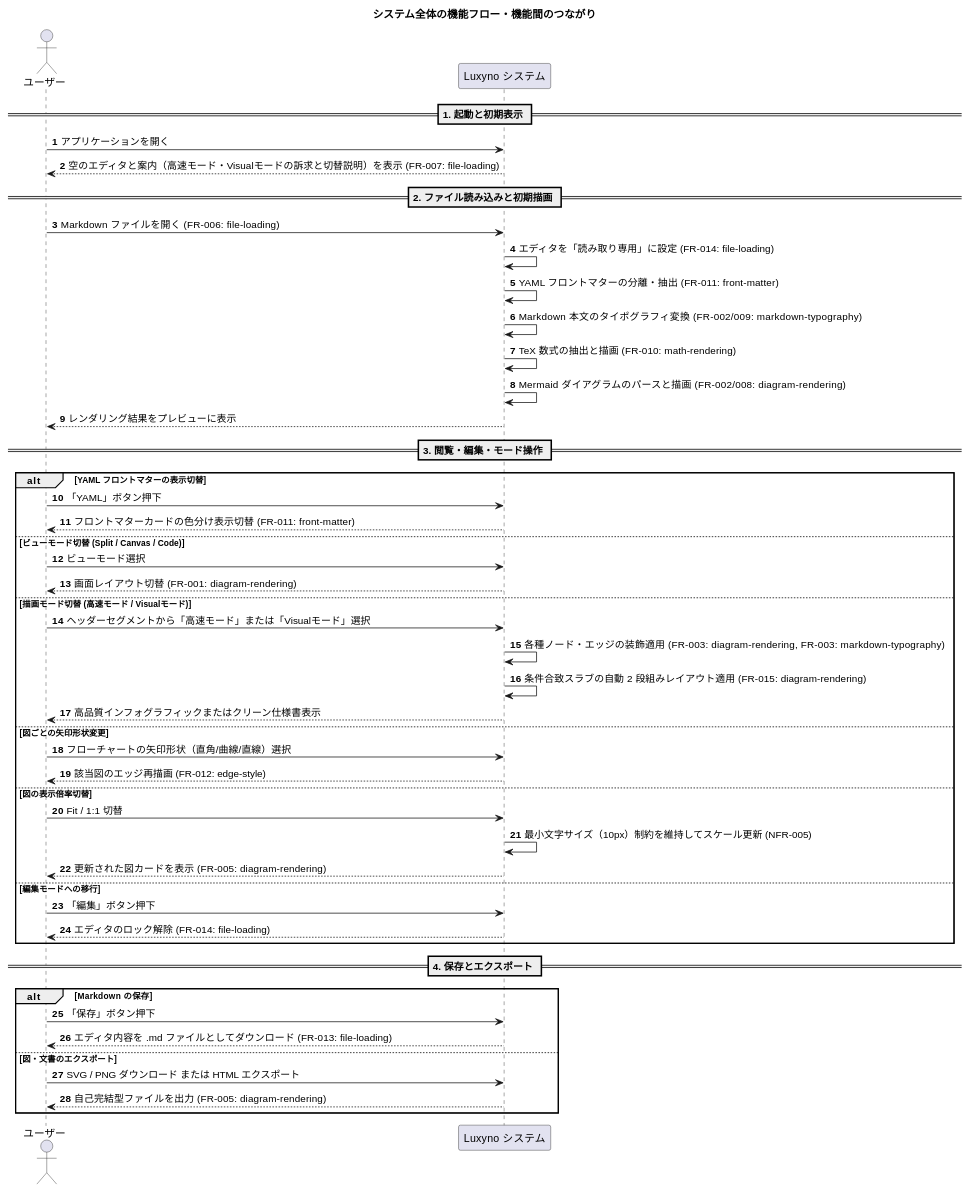
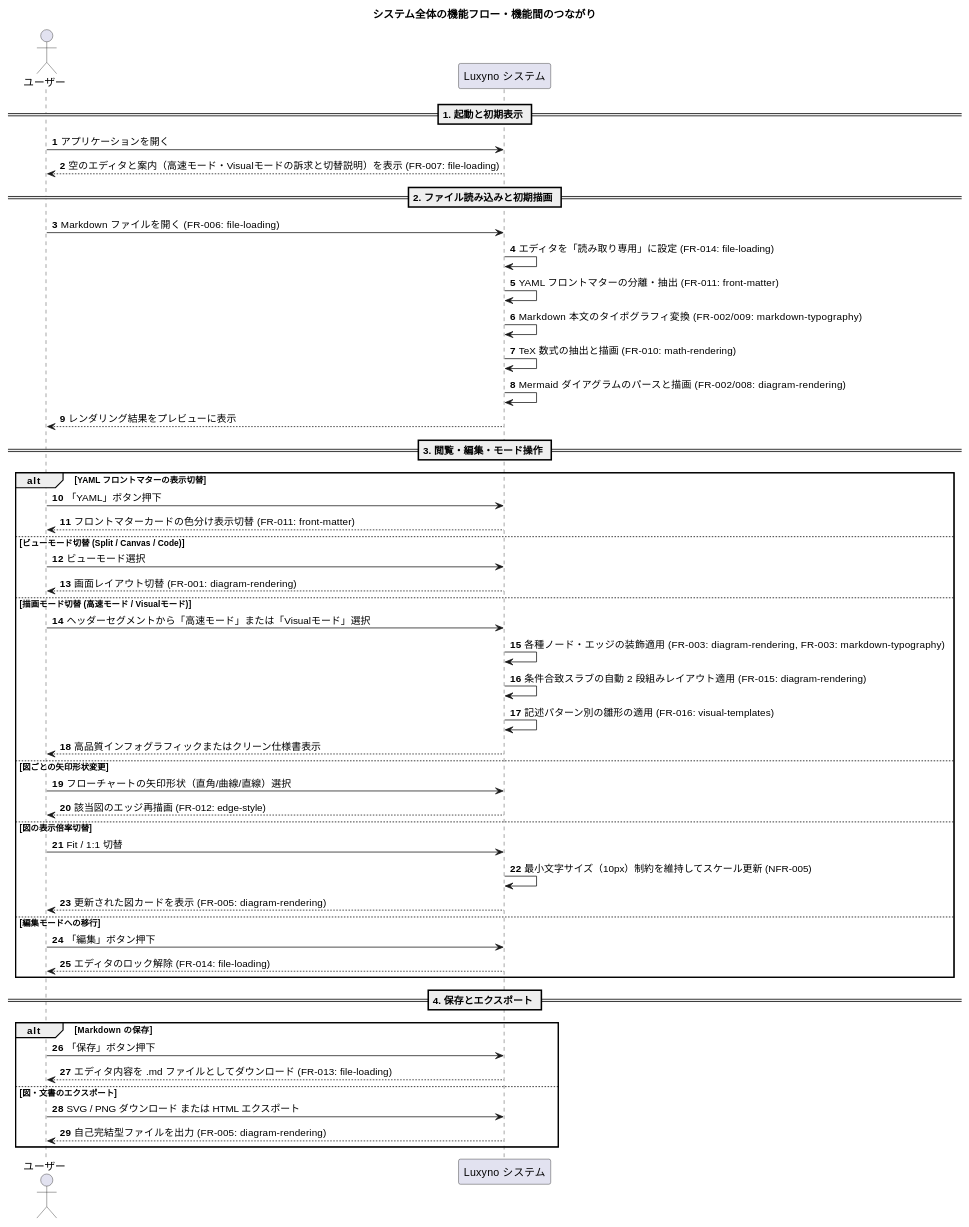
The second of 2 diagrams in public/standalone-apps/luxyno/doc/SRS.md (prankster-freedom/ToyBox), drawn with PlantUML before and after one commit. The commit also changed other lines of this file and 10 other files, not shown here.

````diff
--- a/public/standalone-apps/luxyno/doc/SRS.md
+++ b/public/standalone-apps/luxyno/doc/SRS.md
@@ -120,54 +120,55 @@
 ```plantuml
 @startuml
 title システム全体の機能フロー・機能間のつながり
 autonumber
 actor "ユーザー" as User
 participant "Luxyno システム" as App
 
 == 1. 起動と初期表示 ==
 User -> App: アプリケーションを開く
 App --> User: 空のエディタと案内（高速モード・Visualモードの訴求と切替説明）を表示 (FR-007: file-loading)
 
 == 2. ファイル読み込みと初期描画 ==
 User -> App: Markdown ファイルを開く (FR-006: file-loading)
 App -> App: エディタを「読み取り専用」に設定 (FR-014: file-loading)
 App -> App: YAML フロントマターの分離・抽出 (FR-011: front-matter)
 App -> App: Markdown 本文のタイポグラフィ変換 (FR-002/009: markdown-typography)
 App -> App: TeX 数式の抽出と描画 (FR-010: math-rendering)
 App -> App: Mermaid ダイアグラムのパースと描画 (FR-002/008: diagram-rendering)
 App --> User: レンダリング結果をプレビューに表示
 
 == 3. 閲覧・編集・モード操作 ==
 alt YAML フロントマターの表示切替
   User -> App: 「YAML」ボタン押下
   App --> User: フロントマターカードの色分け表示切替 (FR-011: front-matter)
 else ビューモード切替 (Split / Canvas / Code)
   User -> App: ビューモード選択
   App --> User: 画面レイアウト切替 (FR-001: diagram-rendering)
 else 描画モード切替 (高速モード / Visualモード)
   User -> App: ヘッダーセグメントから「高速モード」または「Visualモード」選択
   App -> App: 各種ノード・エッジの装飾適用 (FR-003: diagram-rendering, FR-003: markdown-typography)
   App -> App: 条件合致スラブの自動 2 段組みレイアウト適用 (FR-015: diagram-rendering)
+  App -> App: 記述パターン別の雛形の適用 (FR-016: visual-templates)
   App --> User: 高品質インフォグラフィックまたはクリーン仕様書表示
 else 図ごとの矢印形状変更
   User -> App: フローチャートの矢印形状（直角/曲線/直線）選択
   App --> User: 該当図のエッジ再描画 (FR-012: edge-style)
 else 図の表示倍率切替
   User -> App: Fit / 1:1 切替
   App -> App: 最小文字サイズ（10px）制約を維持してスケール更新 (NFR-005)
   App --> User: 更新された図カードを表示 (FR-005: diagram-rendering)
 else 編集モードへの移行
   User -> App: 「編集」ボタン押下
   App --> User: エディタのロック解除 (FR-014: file-loading)
 end
 
 == 4. 保存とエクスポート ==
 alt Markdown の保存
   User -> App: 「保存」ボタン押下
   App --> User: エディタ内容を .md ファイルとしてダウンロード (FR-013: file-loading)
 else 図・文書のエクスポート
   User -> App: SVG / PNG ダウンロード または HTML エクスポート
   App --> User: 自己完結型ファイルを出力 (FR-005: diagram-rendering)
 end
 @enduml
 ```
````
